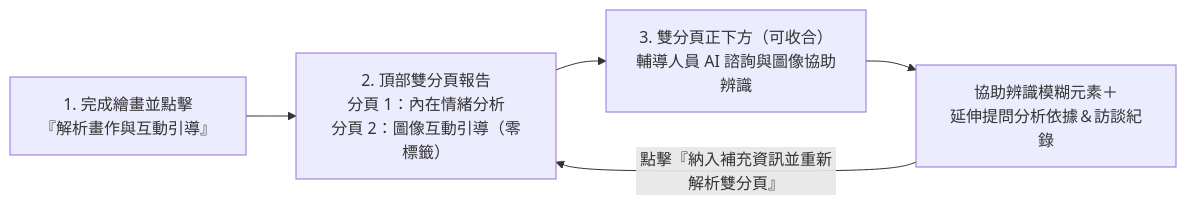
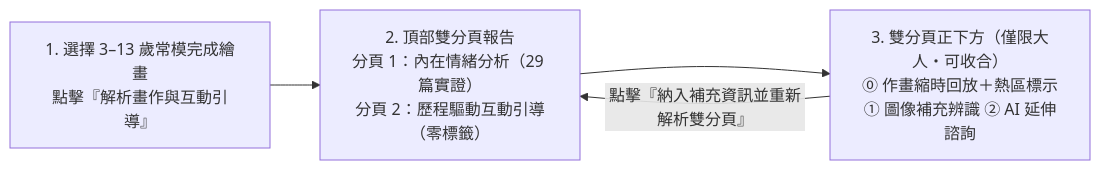
The diagram in docs/操作SOP.md (cpj0624/mindcanvas-drawing-psychology), drawn with Mermaid before and after one commit. The commit also changed other lines of this file and 7 other files, not shown here.

````diff
--- a/docs/操作SOP.md
+++ b/docs/操作SOP.md
@@ -17,7 +19,6 @@
 ```mermaid
 flowchart LR
-    A["1. 完成繪畫並點擊<br/>『解析畫作與互動引導』"] --> B["2. 頂部雙分頁報告<br/>分頁 1：內在情緒分析<br/>分頁 2：圖像互動引導（零標籤）"]
-    B --> C["3. 雙分頁正下方（可收合）<br/>輔導人員 AI 諮詢與圖像協助辨識"]
-    C --> D["協助辨識模糊元素＋<br/>延伸提問分析依據＆訪談紀錄"]
-    D -- "點擊『納入補充資訊並重新解析雙分頁』" --> B
+    A["1. 選擇 3–13 歲常模完成繪畫<br/>點擊『解析畫作與互動引導』"] --> B["2. 頂部雙分頁報告<br/>分頁 1：內在情緒分析（29 篇實證）<br/>分頁 2：歷程驅動互動引導（零標籤）"]
+    B --> C["3. 雙分頁正下方（僅限大人・可收合）<br/>⓪ 作畫縮時回放＋熱區標示<br/>① 圖像補充辨識 ② AI 延伸諮詢"]
+    C -- "點擊『納入補充資訊並重新解析雙分頁』" --> B
 ```
````
